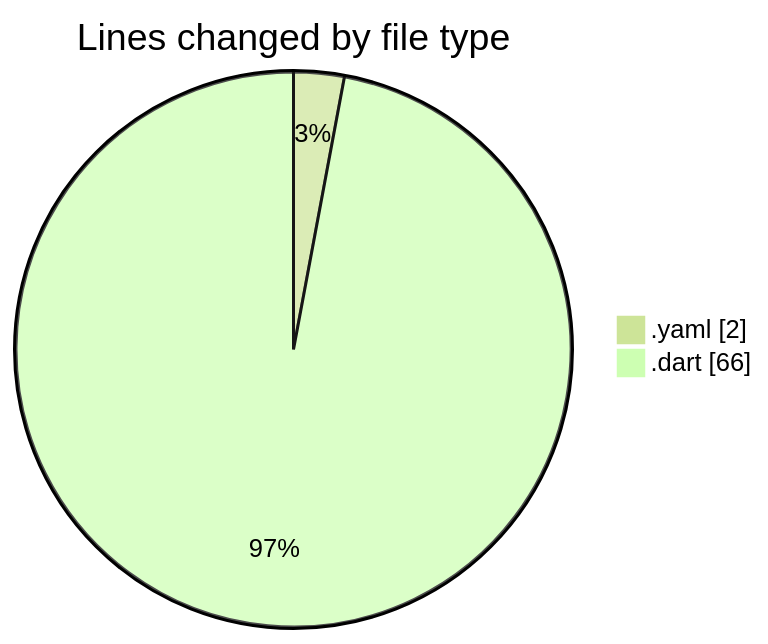
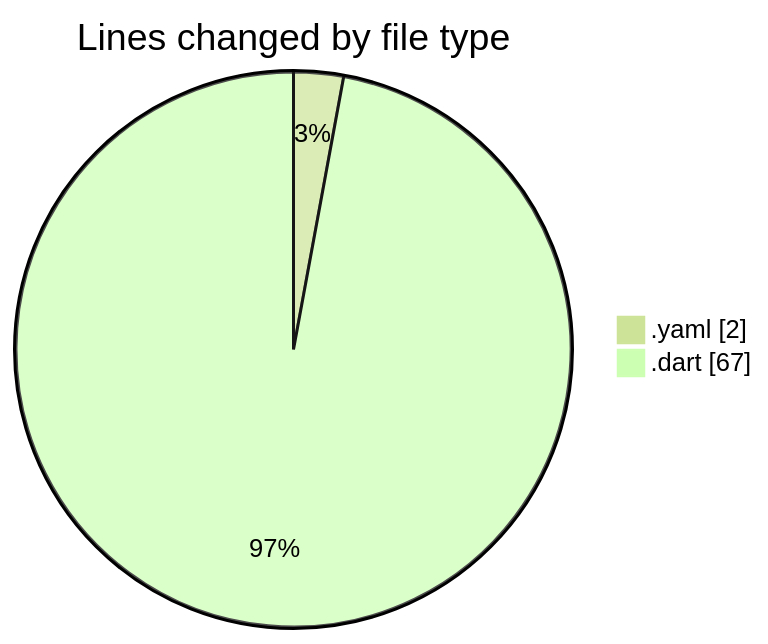
The first of 2 diagrams in 2025-02-27/drivers_app/README.md (donsfak/code-tracking), drawn with Mermaid (forest theme) before and after one commit. The commit also changed other lines of this file and 1 other file, not shown here.

````diff
--- a/2025-02-27/drivers_app/README.md
+++ b/2025-02-27/drivers_app/README.md
@@ -21,6 +21,6 @@
 ```mermaid
 pie showData
 title Lines changed by file type
 ".yaml" : 2
-".dart" : 66
+".dart" : 67
 ```
````
